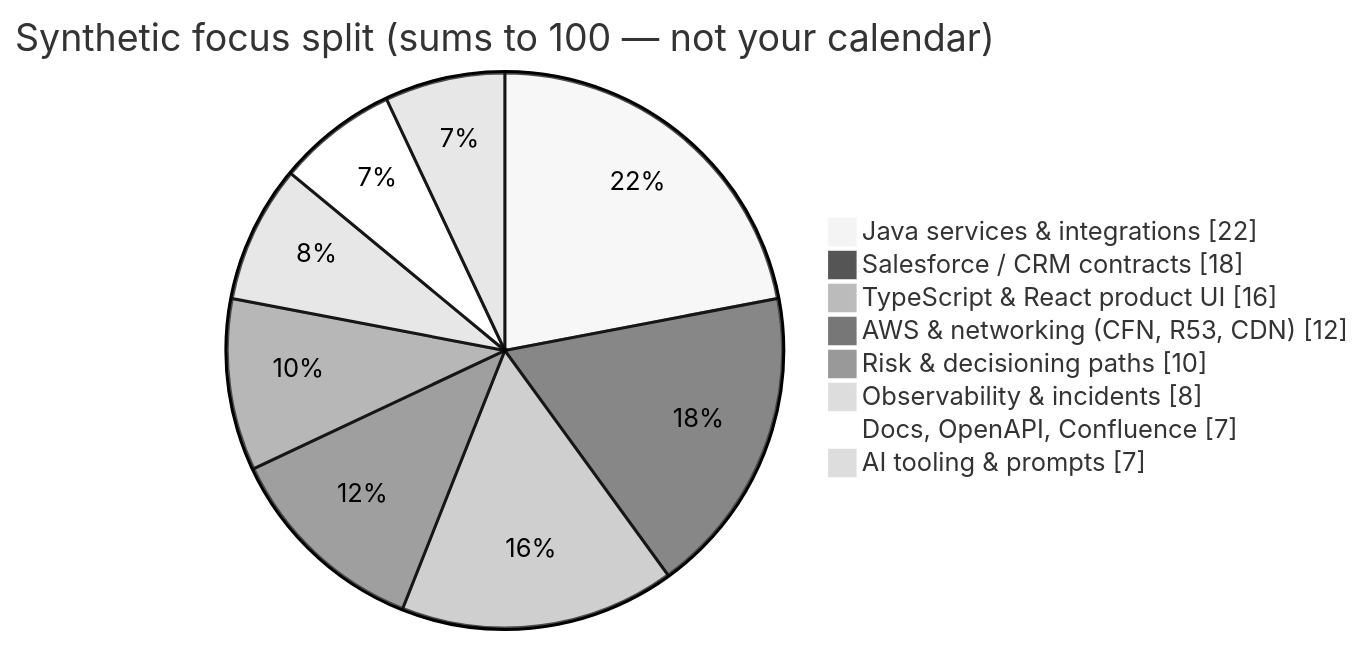
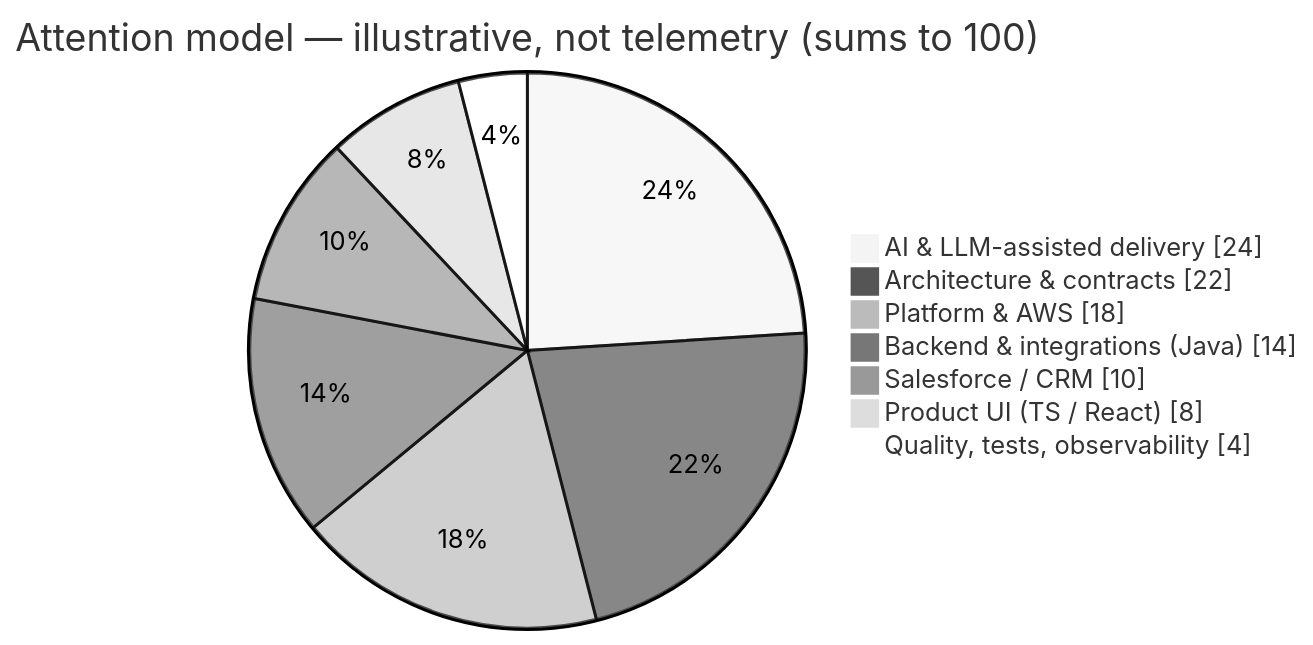
Before and after one commit to tomm1990/tomm1990: the first of 6 diagrams in README.md, drawn with Mermaid (neutral theme). The commit also changed other lines of this file, not shown here.

First line of the commit message:
docs(profile): light-theme widgets, stats fix, and mermaid refresh

````diff
--- a/README.md
+++ b/README.md
@@ -157,12 +155,11 @@
 ```mermaid
 pie showData
-    title Synthetic focus split (sums to 100 — not your calendar)
-    "Java services & integrations" : 22
-    "Salesforce / CRM contracts" : 18
-    "TypeScript & React product UI" : 16
-    "AWS & networking (CFN, R53, CDN)" : 12
-    "Risk & decisioning paths" : 10
-    "Observability & incidents" : 8
-    "Docs, OpenAPI, Confluence" : 7
-    "AI tooling & prompts" : 7
+    title Attention model — illustrative, not telemetry (sums to 100)
+    "AI & LLM-assisted delivery" : 24
+    "Architecture & contracts" : 22
+    "Platform & AWS" : 18
+    "Backend & integrations (Java)" : 14
+    "Salesforce / CRM" : 10
+    "Product UI (TS / React)" : 8
+    "Quality, tests, observability" : 4
 ```
````
